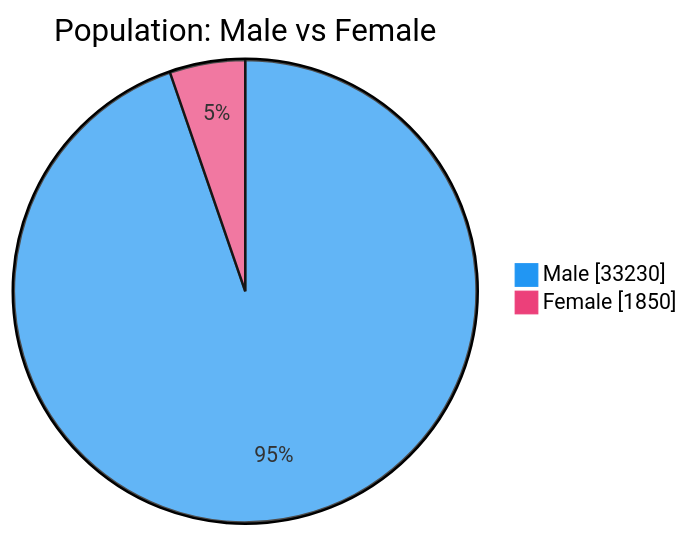
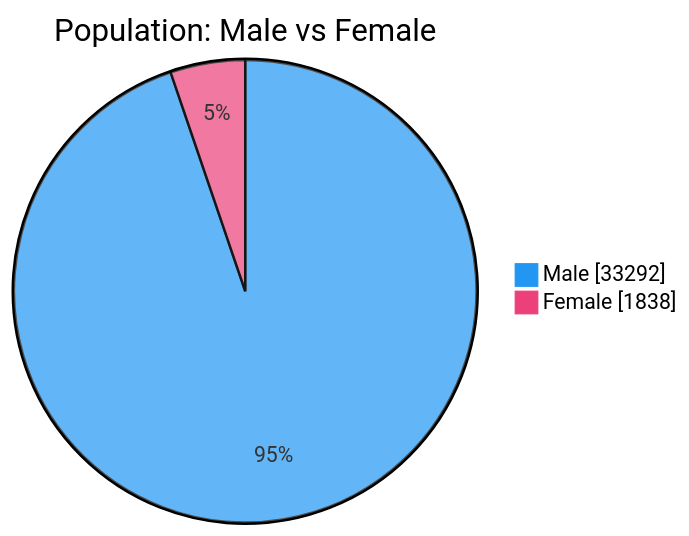
One commit to nuuuwan/lk_prisons changed the second of 7 diagrams in README.md. Above: the diagram before and after it, drawn with Mermaid. The commit also changed other lines of this file and 1 other file, not shown here.

````diff
--- a/README.md
+++ b/README.md
@@ -54,6 +54,6 @@
 ```mermaid
 %%{init: {'themeVariables': {'pie1': '#2196F3', 'pie2': '#EC407A'}}}%%
 pie showData title Population: Male vs Female
-    "Male" : 33230
-    "Female" : 1850
+    "Male" : 33292
+    "Female" : 1838
 ```
````
